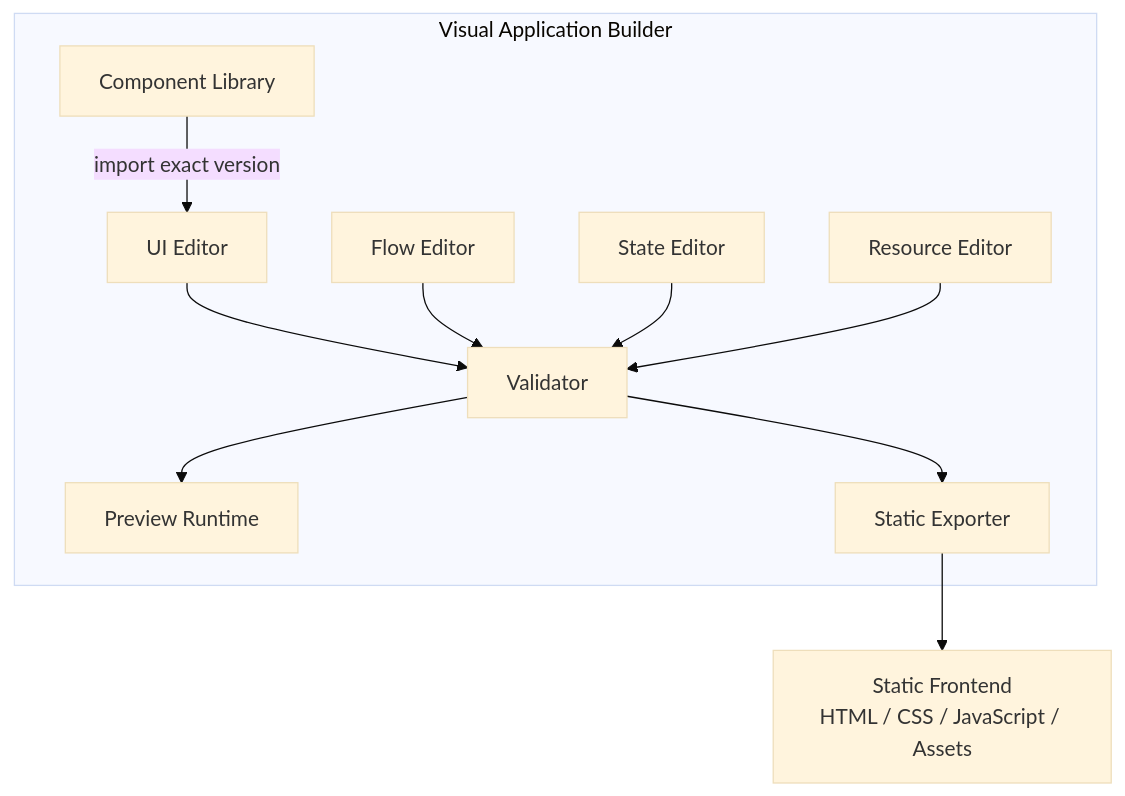
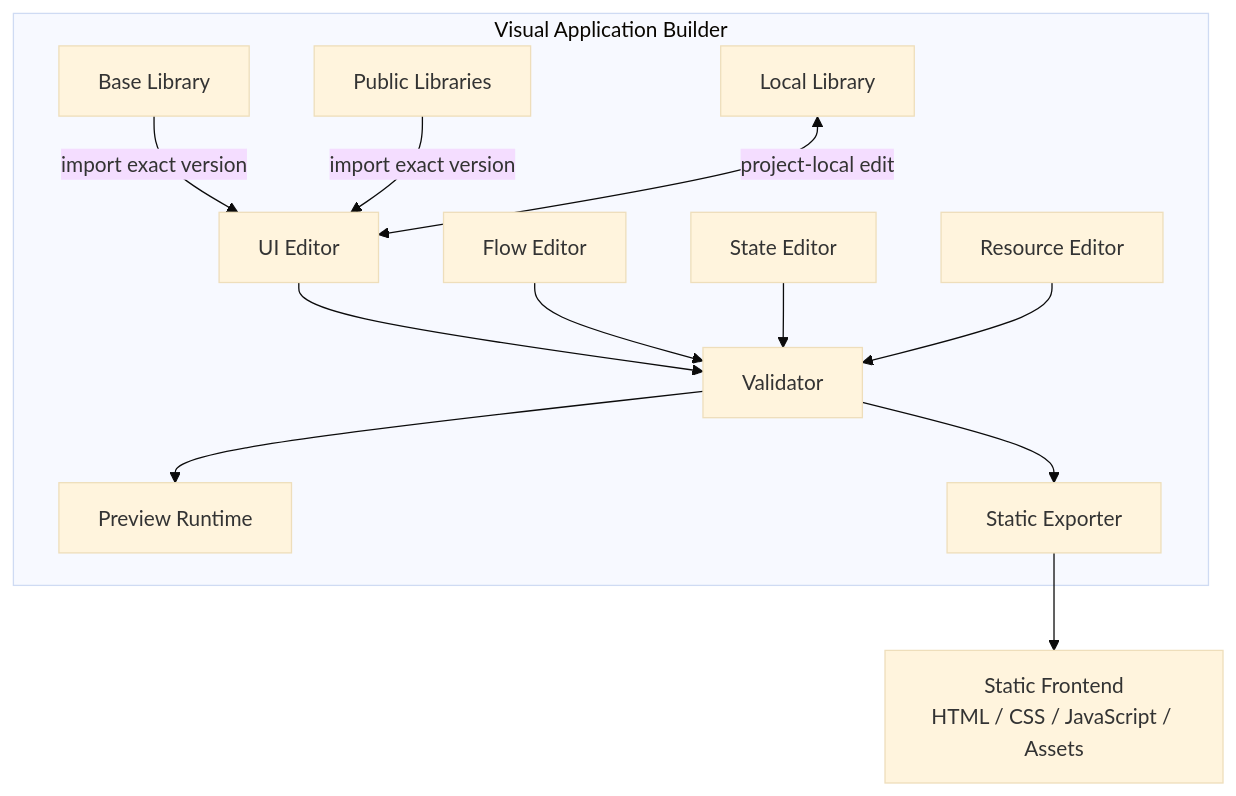
The sixth of 6 diagrams in docs/architecture/01-product-overview.md (northwest-hcu/FlagShip), drawn with Mermaid (base theme) before and after one commit. The commit also changed other lines of this file and 17 other files, not shown here.

Commit message:
feat: model base public and local component libraries

````diff
--- a/docs/architecture/01-product-overview.md
+++ b/docs/architecture/01-product-overview.md
@@ -282,23 +293,27 @@
 ```mermaid
 flowchart TB
     subgraph Builder["Visual Application Builder"]
         UIEditor["UI Editor"]
         FlowEditor["Flow Editor"]
         StateEditor["State Editor"]
         ResourceEditor["Resource Editor"]
-        Library["Component Library"]
+        BaseLibrary["Base Library"]
+        PublicLibrary["Public Libraries"]
+        LocalLibrary["Local Library"]
         Validator["Validator"]
         Preview["Preview Runtime"]
         Exporter["Static Exporter"]
     end
 
-    Library -->|"import exact version"| UIEditor
+    BaseLibrary -->|"import exact version"| UIEditor
+    PublicLibrary -->|"import exact version"| UIEditor
+    LocalLibrary <-->|"project-local edit"| UIEditor
     UIEditor --> Validator
     FlowEditor --> Validator
     StateEditor --> Validator
     ResourceEditor --> Validator
     Validator --> Preview
     Validator --> Exporter
 
     Exporter --> Output["Static Frontend<br/>HTML / CSS / JavaScript / Assets"]
 ```
````
